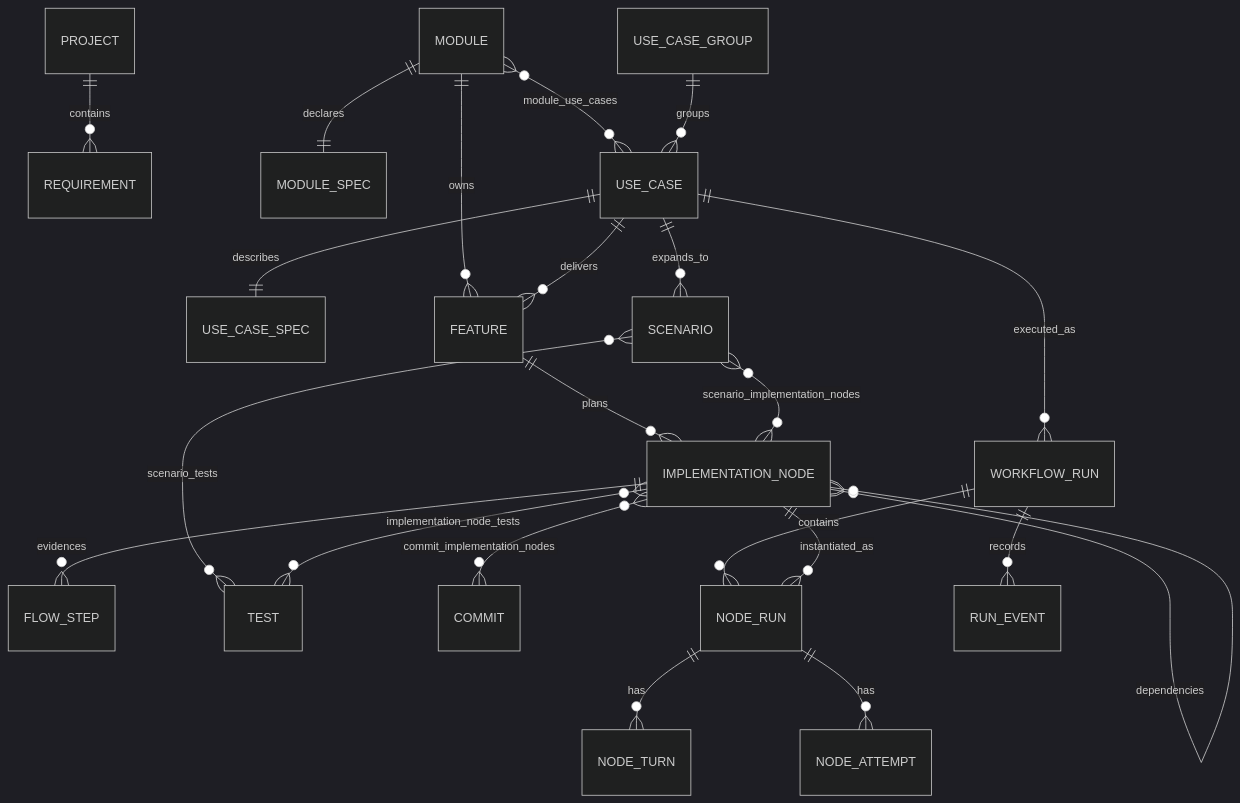
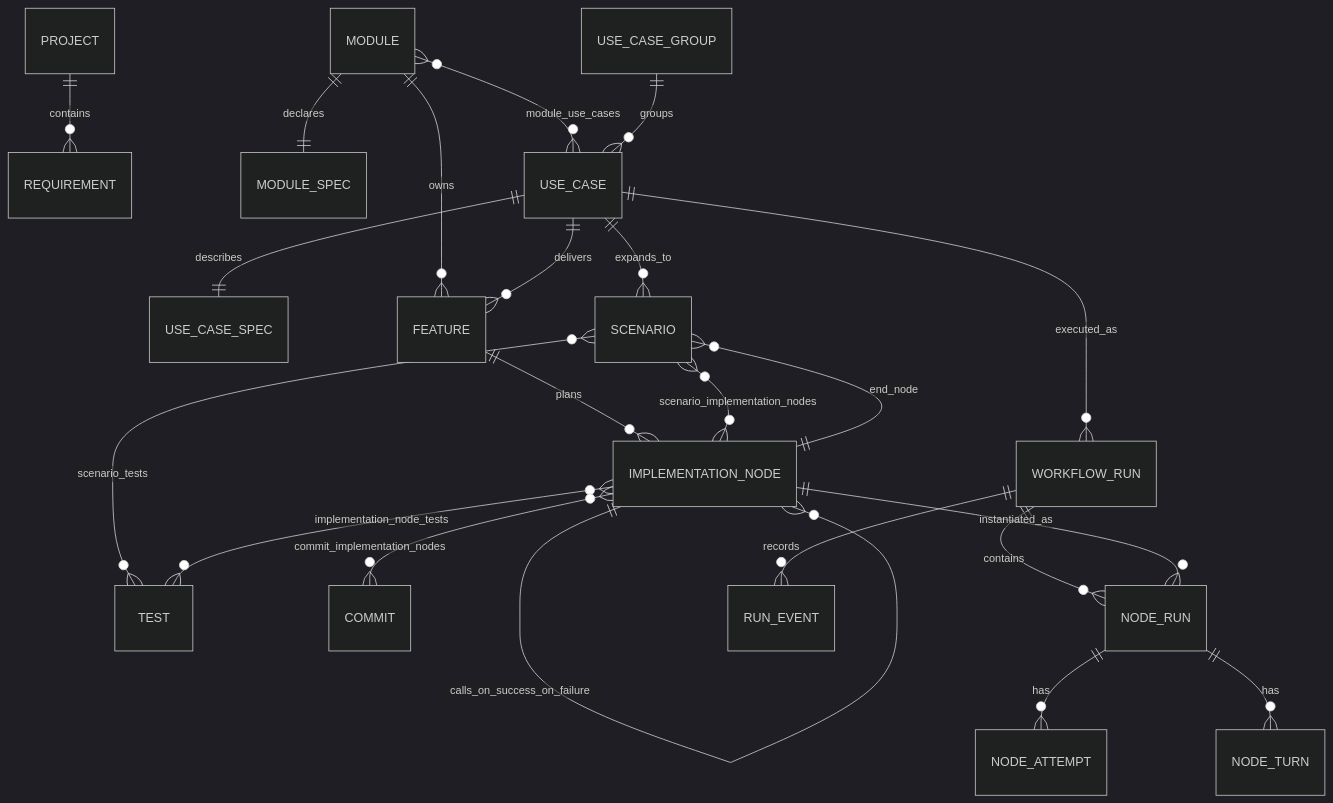
One commit to gordonz-cloud/project-manager changed the diagram in SOLUTION_MODEL.md. Above: the diagram before and after it, drawn with Mermaid (dark theme). The commit also changed other lines of this file and 66 other files, not shown here.

````diff
--- a/SOLUTION_MODEL.md
+++ b/SOLUTION_MODEL.md
@@ -227,29 +227,30 @@
 ```mermaid
 erDiagram
     PROJECT ||--o{ REQUIREMENT : contains
     MODULE ||--|| MODULE_SPEC : declares
     MODULE }o--o{ USE_CASE : module_use_cases
     USE_CASE_GROUP ||--o{ USE_CASE : groups
     USE_CASE ||--|| USE_CASE_SPEC : describes
     MODULE ||--o{ FEATURE : owns
     USE_CASE ||--o{ WORKFLOW_RUN : executed_as
 
     USE_CASE ||--o{ SCENARIO : expands_to
     USE_CASE ||--o{ FEATURE : delivers
 
     FEATURE ||--o{ IMPLEMENTATION_NODE : plans
     IMPLEMENTATION_NODE ||--o{ IMPLEMENTATION_NODE : parent
     IMPLEMENTATION_NODE }o--o{ IMPLEMENTATION_NODE : dependencies
     SCENARIO }o--o{ IMPLEMENTATION_NODE : scenario_implementation_nodes
-    IMPLEMENTATION_NODE ||--o{ FLOW_STEP : evidences
+    IMPLEMENTATION_NODE ||--o{ IMPLEMENTATION_NODE : calls_on_success_on_failure
+    IMPLEMENTATION_NODE ||--o{ SCENARIO : end_node
 
     SCENARIO }o--o{ TEST : scenario_tests
     IMPLEMENTATION_NODE }o--o{ TEST : implementation_node_tests
     IMPLEMENTATION_NODE }o--o{ COMMIT : commit_implementation_nodes
 
     WORKFLOW_RUN ||--o{ NODE_RUN : contains
     IMPLEMENTATION_NODE ||--o{ NODE_RUN : instantiated_as
     NODE_RUN ||--o{ NODE_TURN : has
     NODE_RUN ||--o{ NODE_ATTEMPT : has
     WORKFLOW_RUN ||--o{ RUN_EVENT : records
 ```
````
